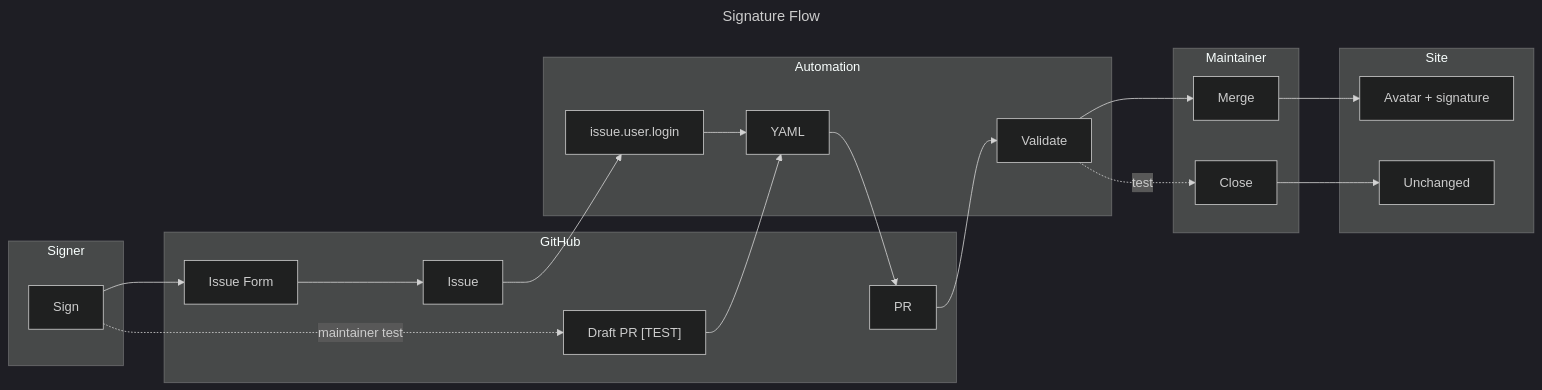
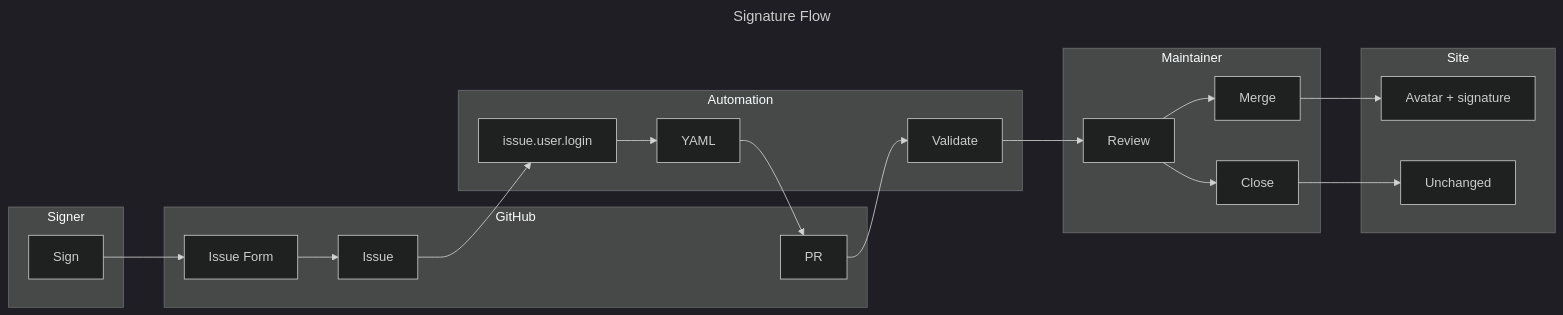
Before and after one commit to ai-driven-dev/manifest: the diagram in app/src/content/signatories/_SCHEMA.md, drawn with Mermaid (dark theme). The commit also changed other lines of this file and 4 other files, not shown here.

````diff
--- a/app/src/content/signatories/_SCHEMA.md
+++ b/app/src/content/signatories/_SCHEMA.md
@@ -7,46 +7,44 @@
 ```mermaid
 ---
 title: Signature Flow
 ---
 flowchart LR
   subgraph Signer["Signer"]
     Sign["Sign"]
   end
 
   subgraph GitHub["GitHub"]
     Form["Issue Form"]
     Issue["Issue"]
     PR["PR"]
-    TestPR["Draft PR [TEST]"]
   end
 
   subgraph Automation["Automation"]
     Login["issue.user.login"]
     YAML["YAML"]
     CI["Validate"]
   end
 
   subgraph Maintainer["Maintainer"]
+    Review["Review"]
     Merge["Merge"]
     Close["Close"]
   end
 
   subgraph Site["Site"]
     Registry["Avatar + signature"]
     Unchanged["Unchanged"]
   end
 
   Sign --> Form
   Form --> Issue
   Issue --> Login
   Login --> YAML
   YAML --> PR
   PR --> CI
-  CI --> Merge
+  CI --> Review
+  Review --> Merge
+  Review --> Close
   Merge --> Registry
-
-  Sign -. maintainer test .-> TestPR
-  TestPR --> YAML
-  CI -. test .-> Close
   Close --> Unchanged
 ```
````
